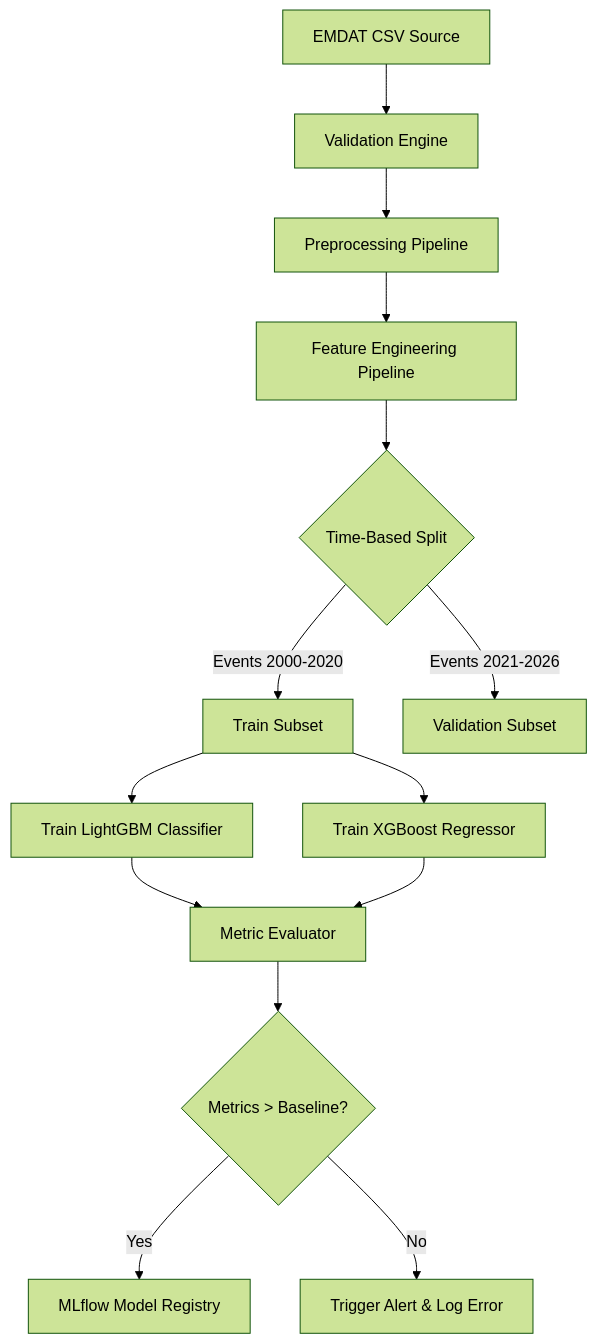
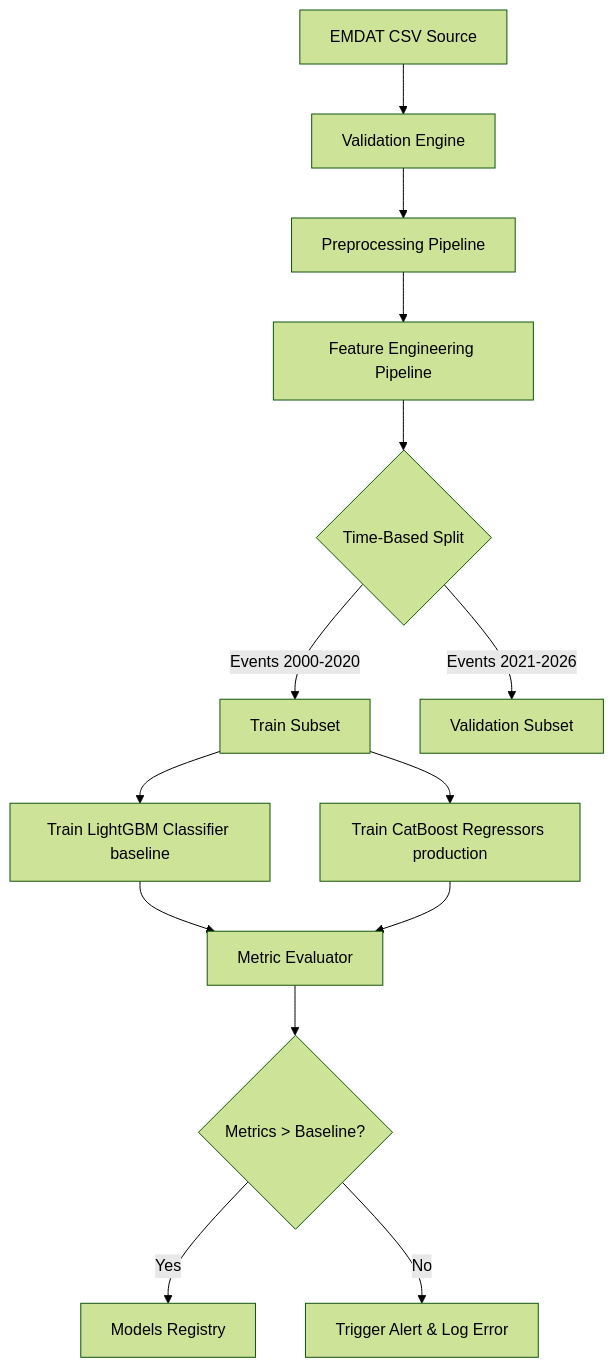
Before and after one commit to ahana4banerjee/AI-Disaster-Orchastrator: the fifth of 5 diagrams in docs/ML_DESIGN.md, drawn with Mermaid (forest theme). The commit also changed other lines of this file and 2 other files, not shown here.

Commit message:
docs: add ML architecture design documentation and update project architecture and roadmap accordingly

````diff
--- a/docs/ML_DESIGN.md
+++ b/docs/ML_DESIGN.md
@@ -446,20 +449,20 @@
 ```mermaid
 graph TD
     Data[EMDAT CSV Source] --> Valid[Validation Engine]
     Valid --> Prep[Preprocessing Pipeline]
     Prep --> FE[Feature Engineering Pipeline]
     FE --> Split{Time-Based Split}
     
     Split -->|Events 2000-2020| Train[Train Subset]
     Split -->|Events 2021-2026| Val[Validation Subset]
     
-    Train --> TrainLGBM[Train LightGBM Classifier]
-    Train --> TrainXGB[Train XGBoost Regressor]
+    Train --> TrainLGBM[Train LightGBM Classifier baseline]
+    Train --> TrainCatBoost[Train CatBoost Regressors production]
     
     TrainLGBM --> Eval[Metric Evaluator]
-    TrainXGB --> Eval
+    TrainCatBoost --> Eval
     
     Eval --> Check{Metrics > Baseline?}
-    Check -->|Yes| Registry[MLflow Model Registry]
+    Check -->|Yes| Registry[Models Registry]
     Check -->|No| Alert[Trigger Alert & Log Error]
 ```
````
